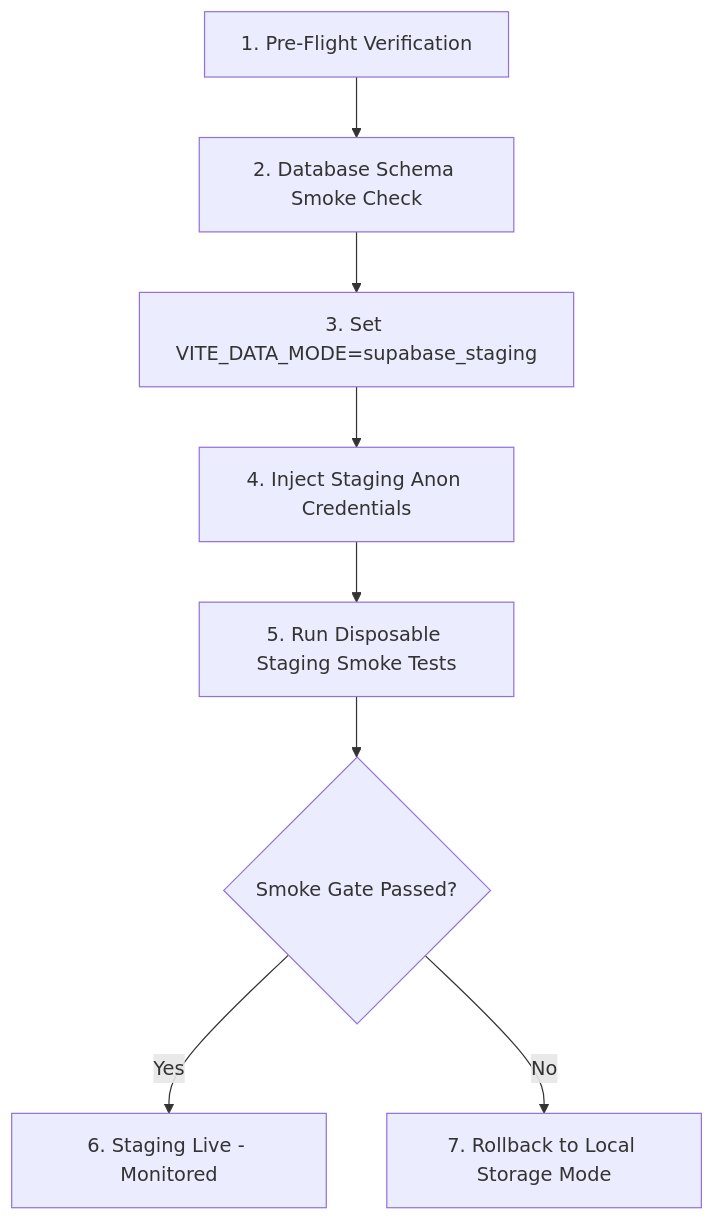
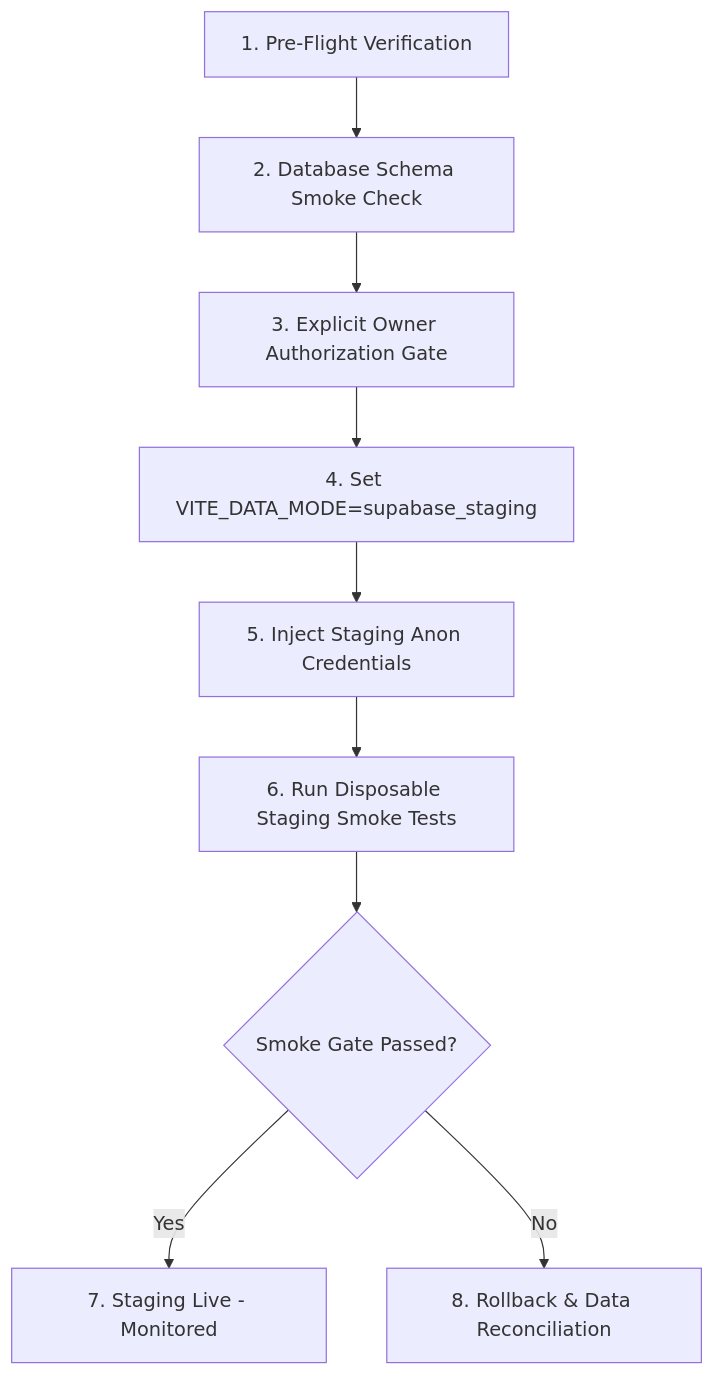
Before and after one commit to MertSGI/Randapp-main: the diagram in docs/PHASE_B_STAGING_CUTOVER_PROPOSAL.md, drawn with Mermaid. The commit also changed other lines of this file and 23 other files, not shown here.

````diff
--- a/docs/PHASE_B_STAGING_CUTOVER_PROPOSAL.md
+++ b/docs/PHASE_B_STAGING_CUTOVER_PROPOSAL.md
@@ -59,10 +63,11 @@
 ```mermaid
 flowchart TD
     A["1. Pre-Flight Verification"] --> B["2. Database Schema Smoke Check"]
-    B --> C["3. Set VITE_DATA_MODE=supabase_staging"]
-    C --> D["4. Inject Staging Anon Credentials"]
-    D --> E["5. Run Disposable Staging Smoke Tests"]
-    E --> F{"Smoke Gate Passed?"}
-    F -->|Yes| G["6. Staging Live - Monitored"]
-    F -->|No| H["7. Rollback to Local Storage Mode"]
+    B --> C["3. Explicit Owner Authorization Gate"]
+    C --> D["4. Set VITE_DATA_MODE=supabase_staging"]
+    D --> E["5. Inject Staging Anon Credentials"]
+    E --> F["6. Run Disposable Staging Smoke Tests"]
+    F --> G{"Smoke Gate Passed?"}
+    G -->|Yes| H["7. Staging Live - Monitored"]
+    G -->|No| I["8. Rollback & Data Reconciliation"]
 ```
````
